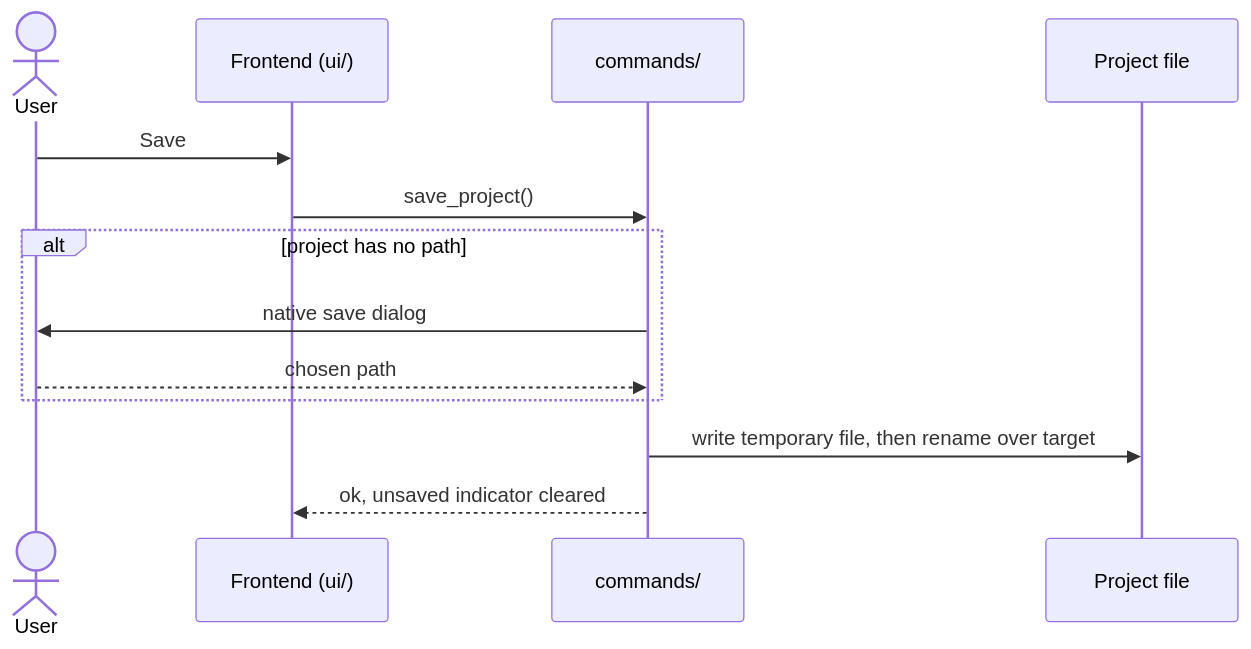
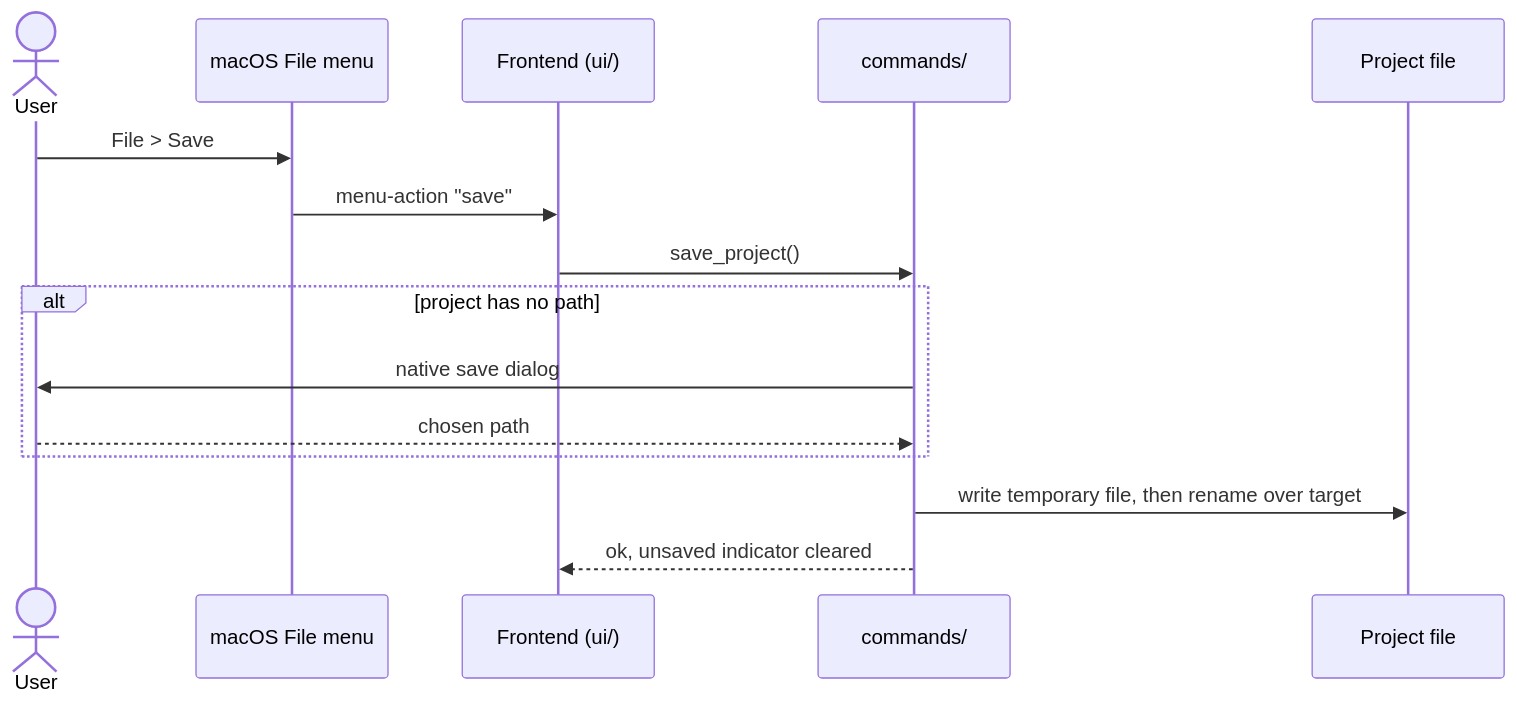
The diagram in docs/csd/CSD-002-project-file.md (BardoelT/personal-finance), drawn with Mermaid before and after one commit. The commit also changed other lines of this file and 9 other files, not shown here.

````diff
--- a/docs/csd/CSD-002-project-file.md
+++ b/docs/csd/CSD-002-project-file.md
@@ -39,15 +42,17 @@
 ```mermaid
 sequenceDiagram
     actor U as User
+    participant MENU as macOS File menu
     participant UI as Frontend (ui/)
     participant CMD as commands/
     participant FS as Project file
-    U->>UI: Save
+    U->>MENU: File > Save
+    MENU->>UI: menu-action "save"
     UI->>CMD: save_project()
     alt project has no path
         CMD->>U: native save dialog
         U-->>CMD: chosen path
     end
     CMD->>FS: write temporary file, then rename over target
     CMD-->>UI: ok, unsaved indicator cleared
 ```
````
